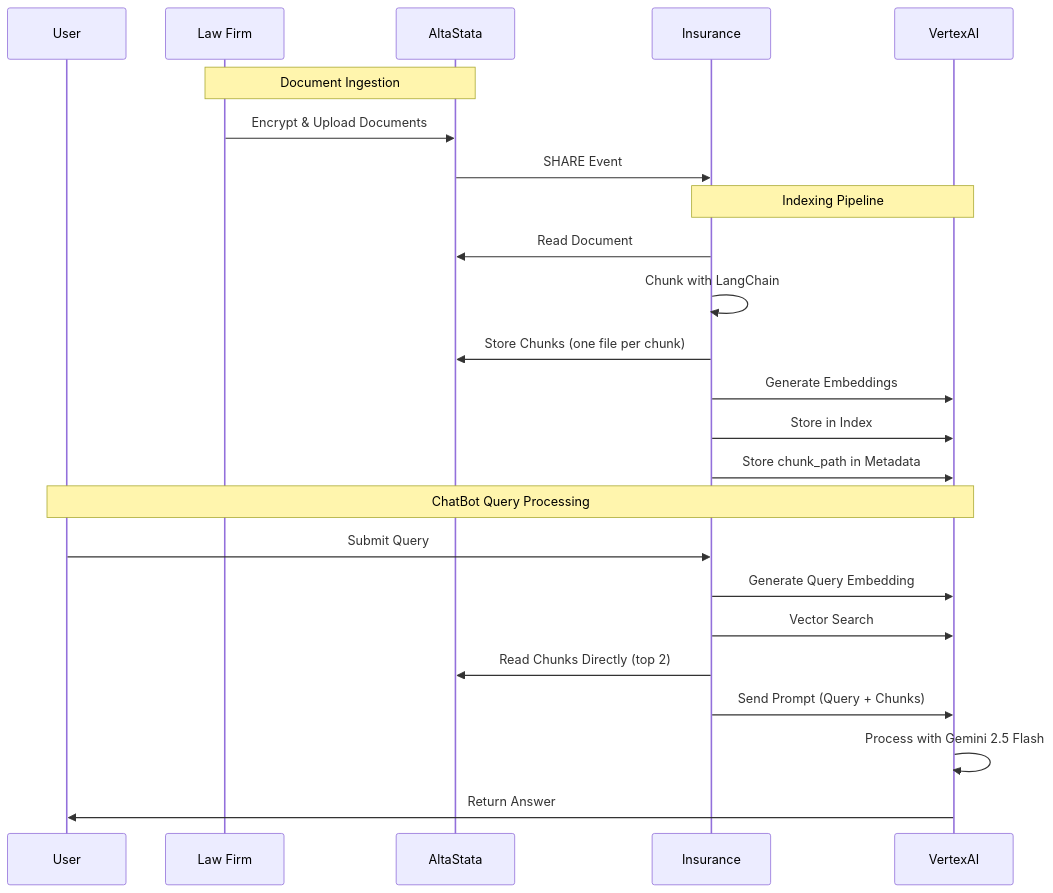
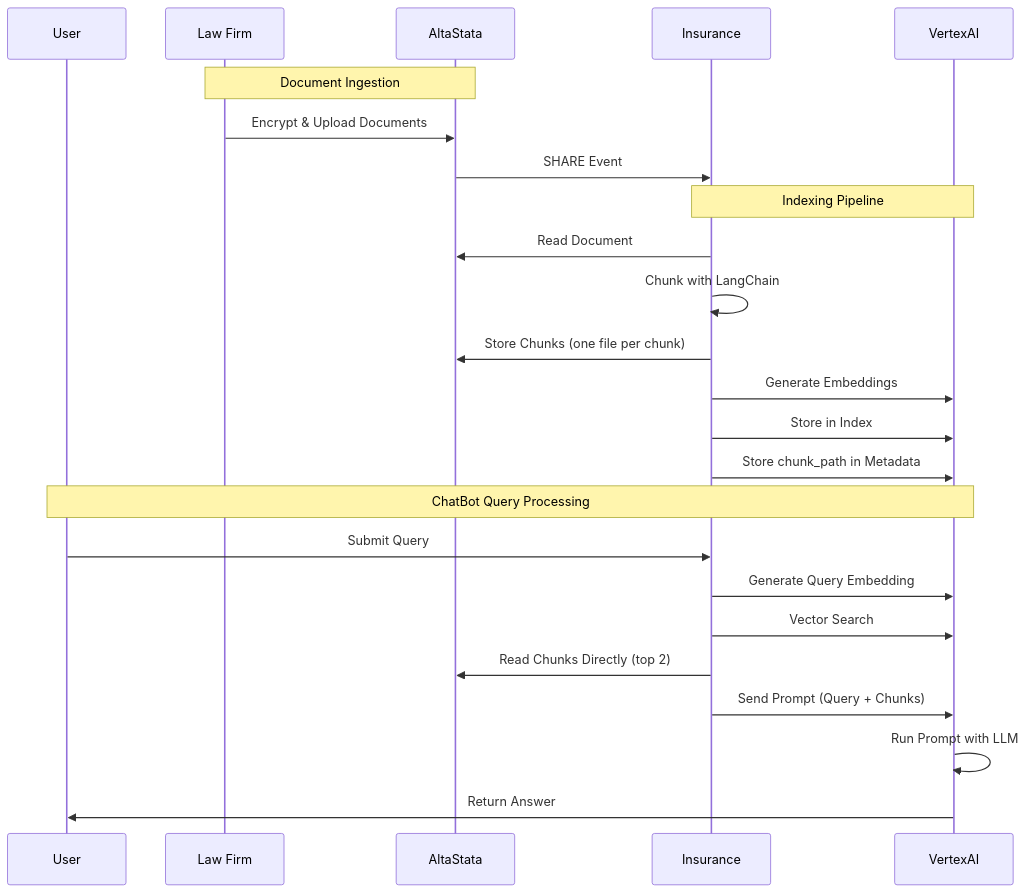
Before and after one commit to SergeVil/altastata-python-package: the second of 2 diagrams in rag-example/rag_architecture_diagram.md, drawn with Mermaid.

Commit message:
Update sequence diagram terminology

````diff
--- a/rag-example/rag_architecture_diagram.md
+++ b/rag-example/rag_architecture_diagram.md
@@ -89,29 +89,29 @@
 ```mermaid
 sequenceDiagram
     participant User
     participant Law Firm
     participant AltaStata
     participant Insurance
     participant VertexAI
     
     Note over Law Firm,AltaStata: Document Ingestion
     Law Firm->>AltaStata: Encrypt & Upload Documents
     AltaStata->>Insurance: SHARE Event
     
     Note over Insurance,VertexAI: Indexing Pipeline
     Insurance->>AltaStata: Read Document
     Insurance->>Insurance: Chunk with LangChain
     Insurance->>AltaStata: Store Chunks (one file per chunk)
     Insurance->>VertexAI: Generate Embeddings
     Insurance->>VertexAI: Store in Index
     Insurance->>VertexAI: Store chunk_path in Metadata
     
     Note over User,VertexAI: ChatBot Query Processing
     User->>Insurance: Submit Query
     Insurance->>VertexAI: Generate Query Embedding
     Insurance->>VertexAI: Vector Search
     Insurance->>AltaStata: Read Chunks Directly (top 2)
     Insurance->>VertexAI: Send Prompt (Query + Chunks)
-    VertexAI->>VertexAI: Process with Gemini 2.5 Flash
+    VertexAI->>VertexAI: Run Prompt with LLM
     VertexAI->>User: Return Answer
 ```
````
